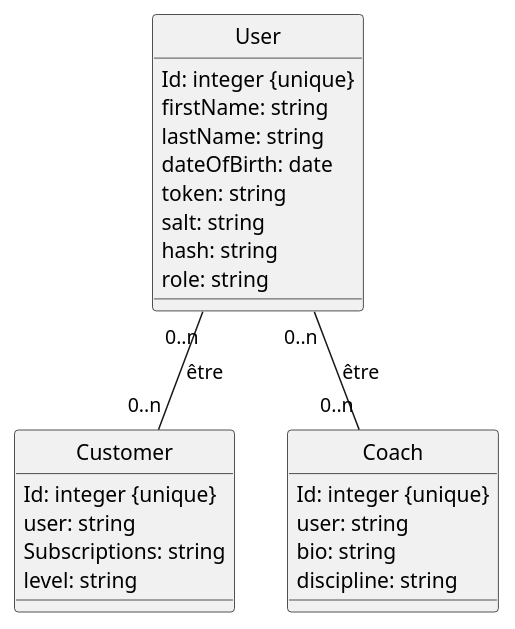
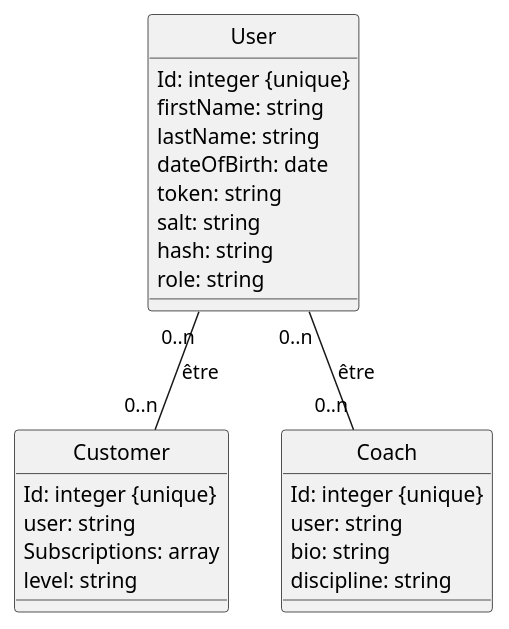
The diagram in diagramme_classe.plantuml (cyrisa02/BD-Mongo-Postman-Node-Express), drawn with PlantUML before and after one commit. The commit also changed 7 other files, not shown here.

```diff
--- a/diagramme_classe.plantuml
+++ b/diagramme_classe.plantuml
@@ -1,32 +1,32 @@
 @startuml
 hide circle
 
 class User {
     Id: integer {unique}
     firstName: string 
     lastName: string 
     dateOfBirth: date 
     token: string 
     salt: string 
     hash: string 
     role: string
 }
 
 class Customer {
     Id: integer {unique}
     user: string
-    Subscriptions: string
+    Subscriptions: array
     level: string
 }
 
 class Coach {
     Id: integer {unique}
     user: string 
     bio: string
     discipline: string
 }
 
 
 User "0..n" -- "0..n" Customer : être
 User "0..n" -- "0..n" Coach : être
 @enduml
```
